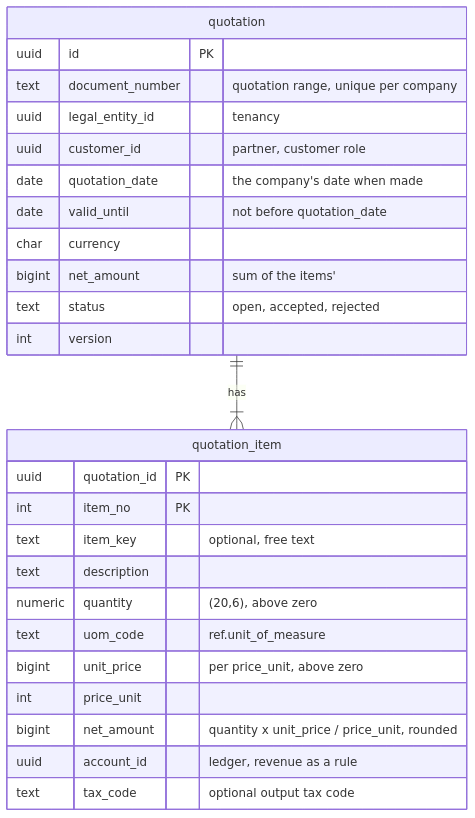
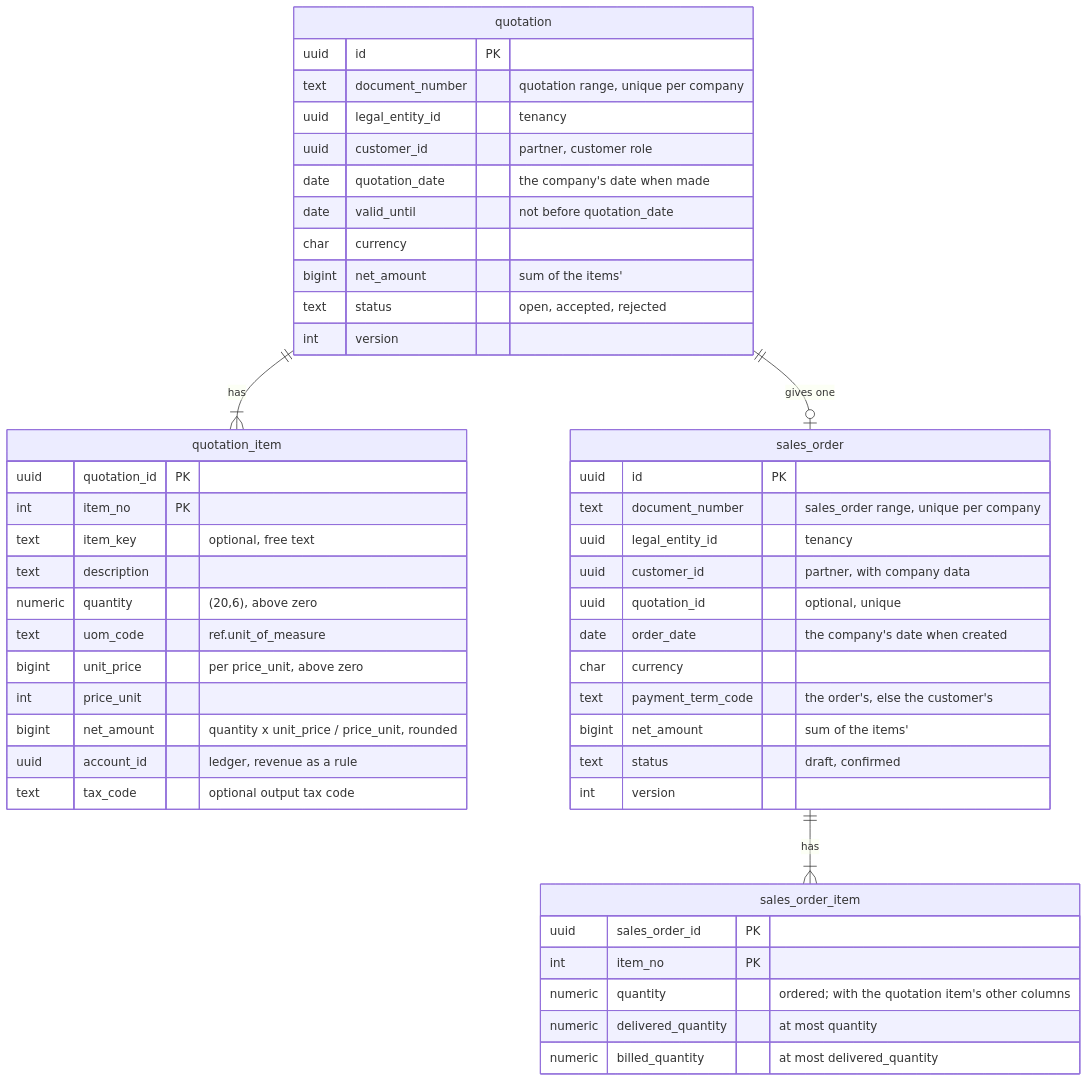
One commit to mustie7iy/agentic-erp changed diagram 16 of 16 in docs/design/03-data-model.md. Above: the diagram before and after it, drawn with Mermaid. The commit also changed other lines of this file and 37 other files, not shown here.

````diff
--- a/docs/design/03-data-model.md
+++ b/docs/design/03-data-model.md
@@ -4245,27 +4246,47 @@
 ```mermaid
 erDiagram
   quotation ||--|{ quotation_item : "has"
   quotation { uuid id PK
     text document_number "quotation range, unique per company"
     uuid legal_entity_id "tenancy"
     uuid customer_id "partner, customer role"
     date quotation_date "the company's date when made"
     date valid_until "not before quotation_date"
     char currency
     bigint net_amount "sum of the items'"
     text status "open, accepted, rejected"
     int version
   }
   quotation_item { uuid quotation_id PK
     int item_no PK
     text item_key "optional, free text"
     text description
     numeric quantity "(20,6), above zero"
     text uom_code "ref.unit_of_measure"
     bigint unit_price "per price_unit, above zero"
     int price_unit
     bigint net_amount "quantity x unit_price / price_unit, rounded"
     uuid account_id "ledger, revenue as a rule"
     text tax_code "optional output tax code"
   }
+  quotation ||--o| sales_order : "gives one"
+  sales_order ||--|{ sales_order_item : "has"
+  sales_order { uuid id PK
+    text document_number "sales_order range, unique per company"
+    uuid legal_entity_id "tenancy"
+    uuid customer_id "partner, with company data"
+    uuid quotation_id "optional, unique"
+    date order_date "the company's date when created"
+    char currency
+    text payment_term_code "the order's, else the customer's"
+    bigint net_amount "sum of the items'"
+    text status "draft, confirmed"
+    int version
+  }
+  sales_order_item { uuid sales_order_id PK
+    int item_no PK
+    numeric quantity "ordered; with the quotation item's other columns"
+    numeric delivered_quantity "at most quantity"
+    numeric billed_quantity "at most delivered_quantity"
+  }
 ```
````
